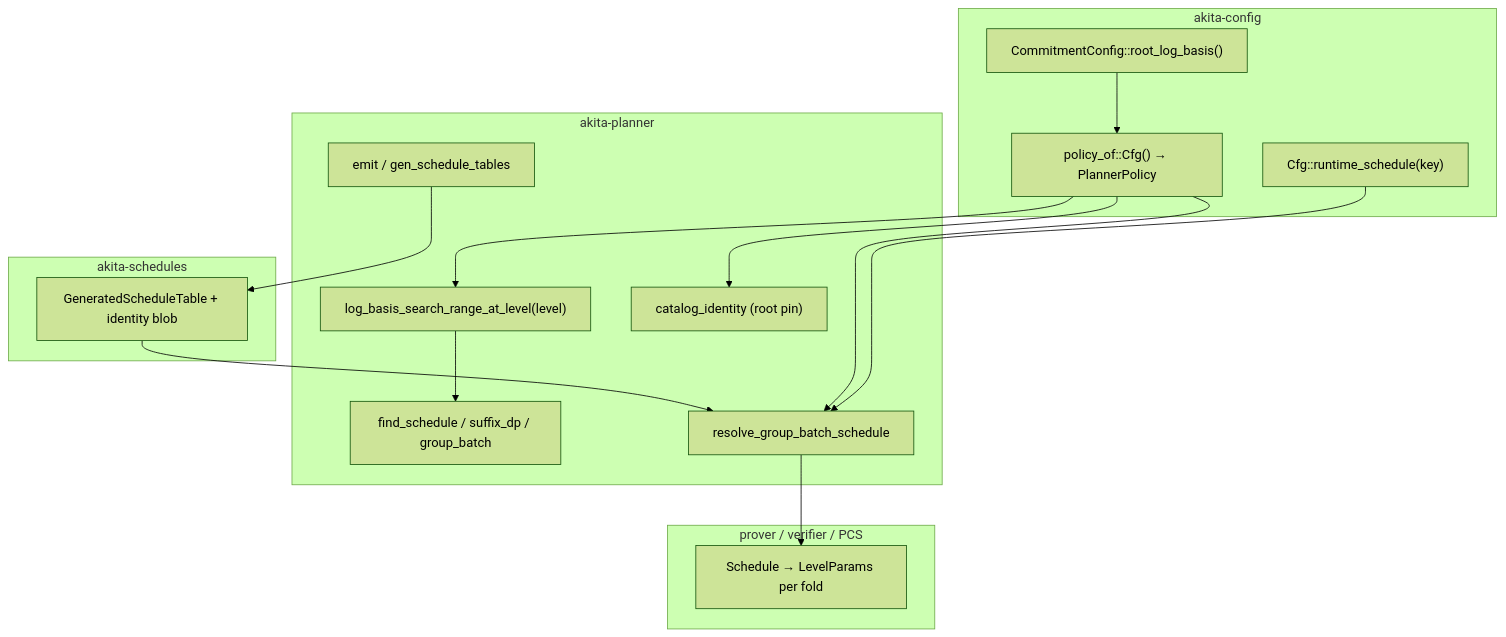
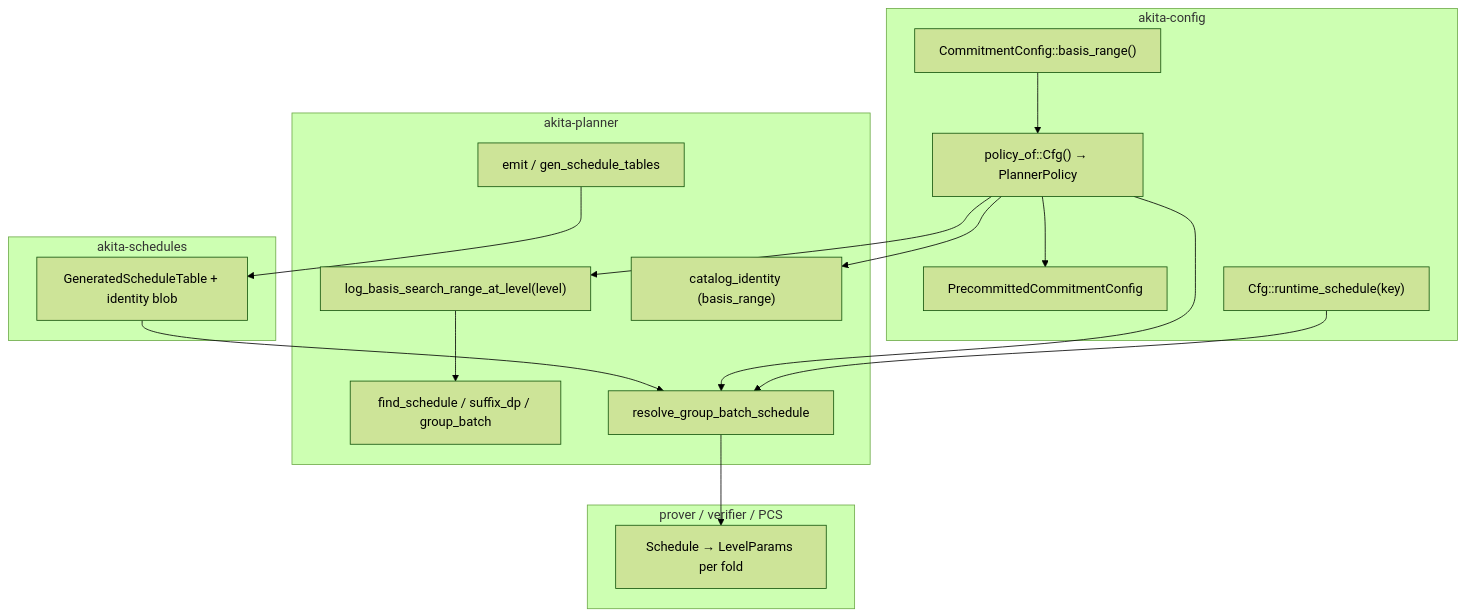
The diagram in specs/pinned-early-log-basis.md (LayerZero-Labs/akita), drawn with Mermaid (forest theme) before and after one commit. The commit also changed other lines of this file and 40 other files, not shown here.

Commit message:
refactor(planner): fix root log basis at two

````diff
--- a/specs/pinned-early-log-basis.md
+++ b/specs/pinned-early-log-basis.md
@@ -216,34 +185,36 @@
 ```mermaid
 flowchart TB
     subgraph config ["akita-config"]
-        Cfg["CommitmentConfig::root_log_basis()"]
+        Cfg["CommitmentConfig::basis_range()"]
         Policy["policy_of::Cfg() → PlannerPolicy"]
+        Precommit["PrecommittedCommitmentConfig"]
         Runtime["Cfg::runtime_schedule(key)"]
     end
 
     subgraph planner ["akita-planner"]
         Search["log_basis_search_range_at_level(level)"]
         DP["find_schedule / suffix_dp / group_batch"]
-        Identity["catalog_identity (root pin)"]
+        Identity["catalog_identity (basis_range)"]
         Resolve["resolve_group_batch_schedule"]
         Emit["emit / gen_schedule_tables"]
     end
 
     subgraph schedules ["akita-schedules"]
         Table["GeneratedScheduleTable + identity blob"]
     end
 
     subgraph runtime ["prover / verifier / PCS"]
         Schedule["Schedule → LevelParams per fold"]
     end
 
     Cfg --> Policy
     Policy --> Search
     Search --> DP
+    Policy --> Precommit
     Policy --> Identity
     Emit --> Table
     Table --> Resolve
     Policy --> Resolve
     Resolve --> Schedule
     Runtime --> Resolve
 ```
````
